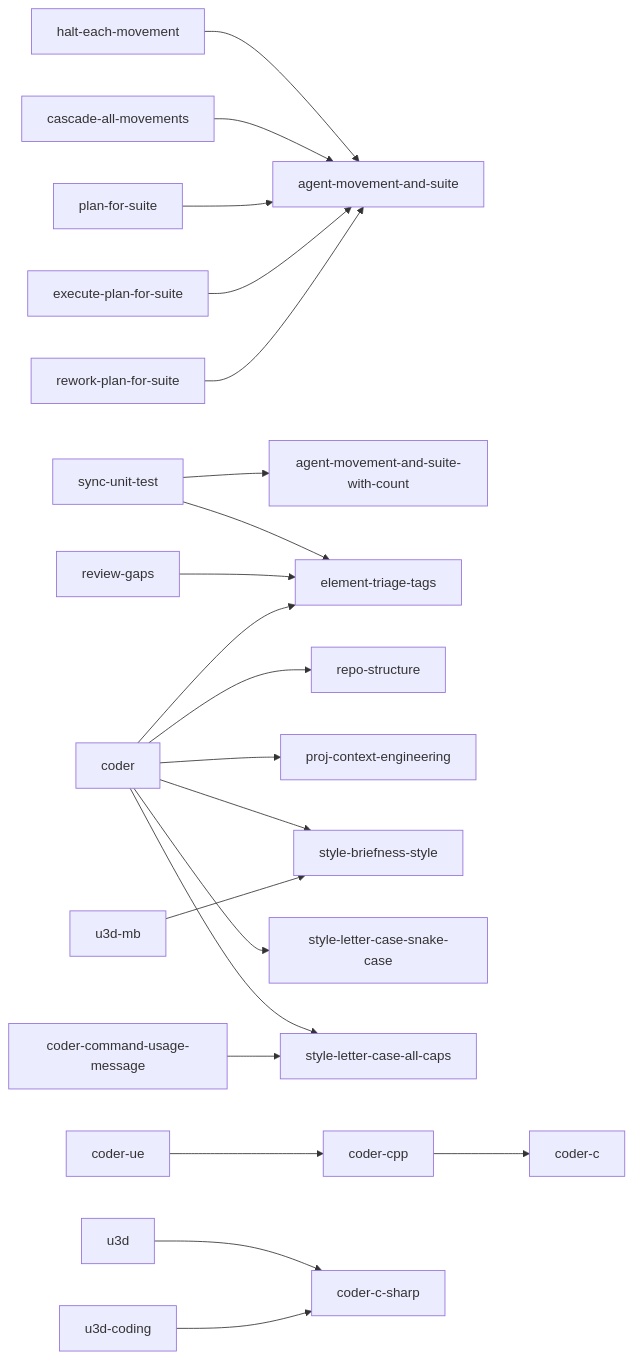
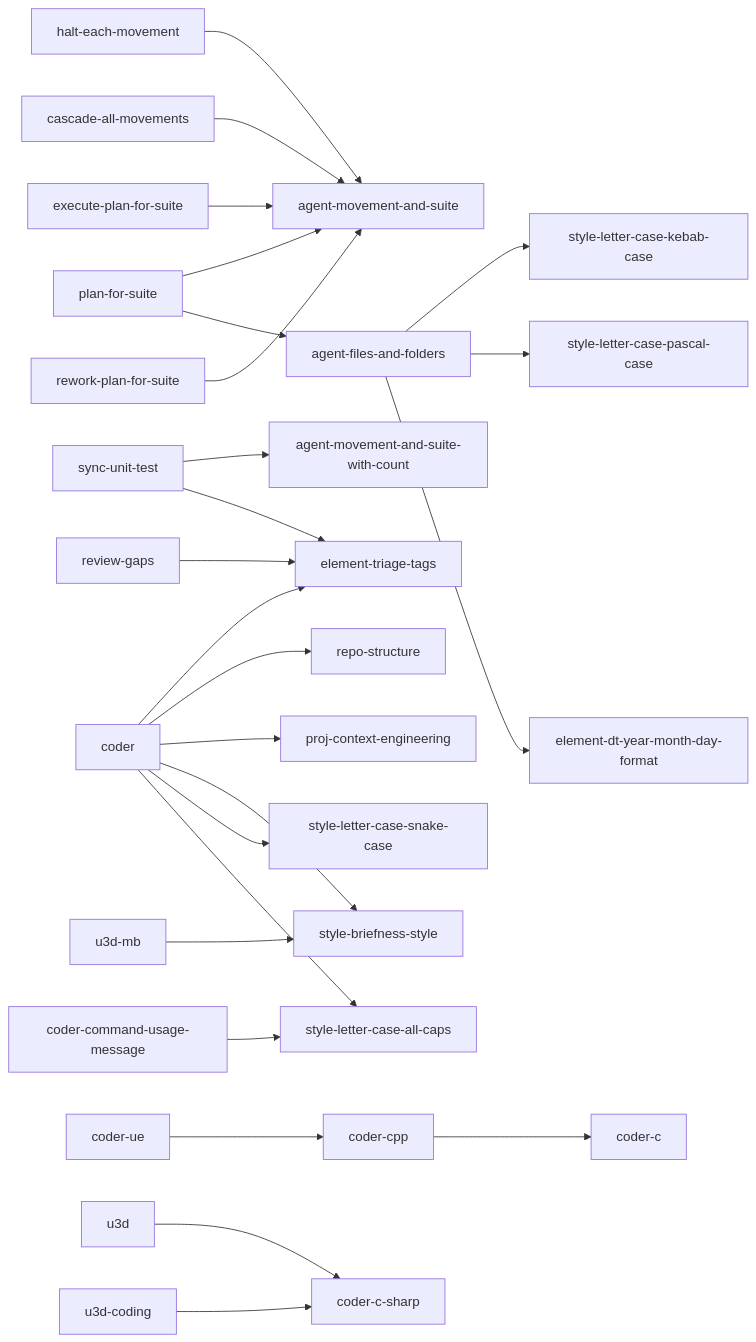
The first of 10 diagrams in docs/blueprint-doc.md (kami-lel/kaye-library), drawn with Mermaid before and after one commit. The commit also changed other lines of this file and 12 other files, not shown here.

````diff
--- a/docs/blueprint-doc.md
+++ b/docs/blueprint-doc.md
@@ -11,23 +11,27 @@
 ```mermaid
 flowchart LR
     halt_each_movement["halt-each-movement"] --> agent_movement_and_suite["agent-movement-and-suite"]
     cascade_all_movements["cascade-all-movements"] --> agent_movement_and_suite
     plan_for_suite["plan-for-suite"] --> agent_movement_and_suite
     execute_plan_for_suite["execute-plan-for-suite"] --> agent_movement_and_suite
     rework_plan_for_suite["rework-plan-for-suite"] --> agent_movement_and_suite
     sync_unit_test["sync-unit-test"] --> agent_movement_and_suite_with_count["agent-movement-and-suite-with-count"]
+    plan_for_suite --> agent_files_and_folders["agent-files-and-folders"]
+    agent_files_and_folders --> style_letter_case_kebab_case["style-letter-case-kebab-case"]
+    agent_files_and_folders --> style_letter_case_pascal_case["style-letter-case-pascal-case"]
+    agent_files_and_folders --> element_dt_year_month_day_format["element-dt-year-month-day-format"]
     sync_unit_test --> element_triage_tags["element-triage-tags"]
     review_gaps["review-gaps"] --> element_triage_tags
     coder --> element_triage_tags
     coder --> repo_structure["repo-structure"]
     coder --> proj_context_engineering["proj-context-engineering"]
     coder --> style_briefness_style["style-briefness-style"]
     coder --> style_letter_case_snake_case["style-letter-case-snake-case"]
     coder --> style_letter_case_all_caps["style-letter-case-all-caps"]
     coder_command_usage_message["coder-command-usage-message"] --> style_letter_case_all_caps
     coder_cpp["coder-cpp"] --> coder_c["coder-c"]
     coder_ue["coder-ue"] --> coder_cpp
     u3d --> coder_c_sharp["coder-c-sharp"]
     u3d_coding["u3d-coding"] --> coder_c_sharp
     u3d_mb["u3d-mb"] --> style_briefness_style
 ```
````
